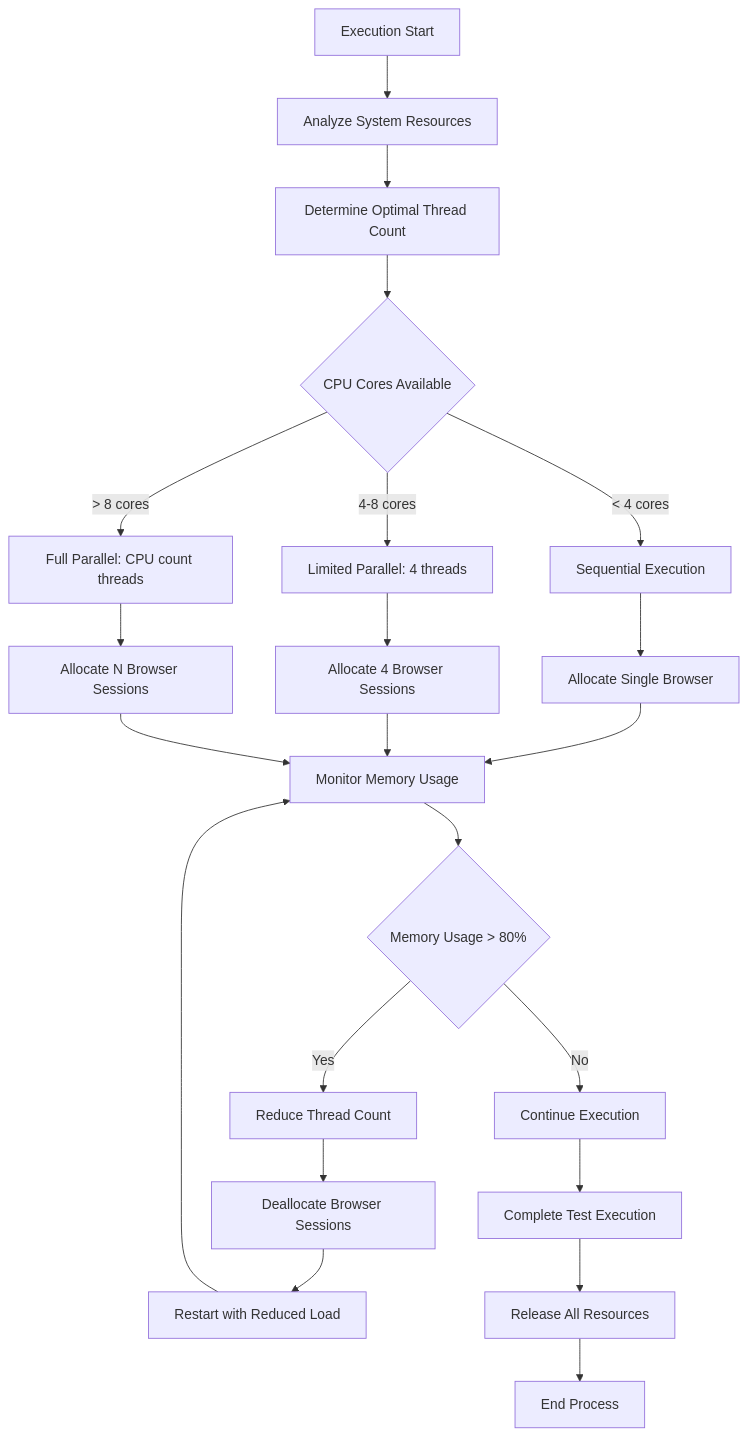
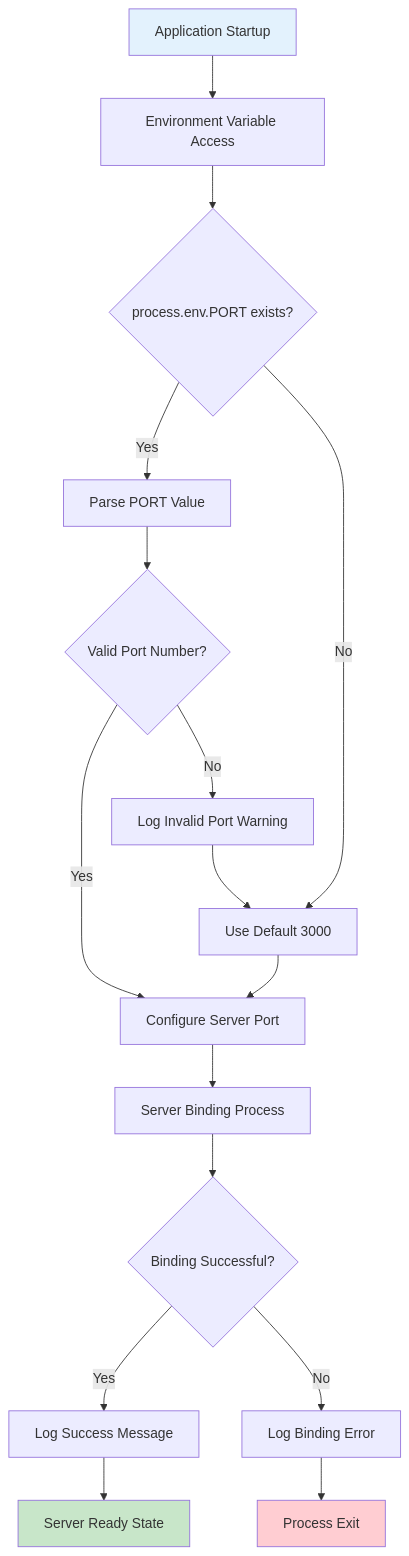
Before and after one commit to lakshya-blitzy/branch_August_lakshya_: diagram 15 of 47 in blitzy/documentation/Technical Specifications.md, drawn with Mermaid. The commit also changed other lines of this file, not shown here.

````diff
--- a/blitzy/documentation/Technical Specifications.md
+++ b/blitzy/documentation/Technical Specifications.md
@@ -1795,30 +1810,26 @@
 ```mermaid
 flowchart TD
-    A[Execution Start] --> B[Analyze System Resources]
-    B --> C[Determine Optimal Thread Count]
-    C --> D{CPU Cores Available}
+    A[Application Startup] --> B[Environment Variable Access]
+    B --> C{process.env.PORT exists?}
+    C -->|Yes| D[Parse PORT Value]
+    C -->|No| E[Use Default 3000]
     
-    D -->|< 4 cores| E[Sequential Execution]
-    D -->|4-8 cores| F[Limited Parallel: 4 threads]
-    D -->|> 8 cores| G[Full Parallel: CPU count threads]
+    D --> F{Valid Port Number?}
+    F -->|Yes| G[Configure Server Port]
+    F -->|No| H[Log Invalid Port Warning]
     
-    E --> H[Allocate Single Browser]
-    F --> I[Allocate 4 Browser Sessions]
-    G --> J[Allocate N Browser Sessions]
+    E --> G
+    H --> E
     
-    H --> K[Monitor Memory Usage]
-    I --> K
-    J --> K
+    G --> I[Server Binding Process]
+    I --> J{Binding Successful?}
+    J -->|Yes| K[Log Success Message]
+    J -->|No| L[Log Binding Error]
     
-    K --> L{Memory Usage > 80%}
-    L -->|Yes| M[Reduce Thread Count]
-    L -->|No| N[Continue Execution]
+    K --> M[Server Ready State]
+    L --> N[Process Exit]
     
-    M --> O[Deallocate Browser Sessions]
-    O --> P[Restart with Reduced Load]
-    P --> K
-    
-    N --> Q[Complete Test Execution]
-    Q --> R[Release All Resources]
-    R --> S[End Process]
+    style A fill:#e3f2fd
+    style M fill:#c8e6c9
+    style N fill:#ffcdd2
 ```
````
